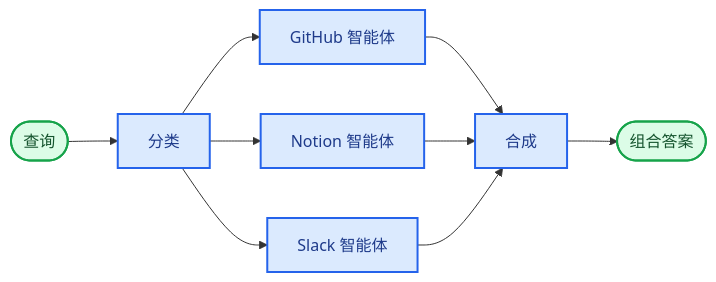
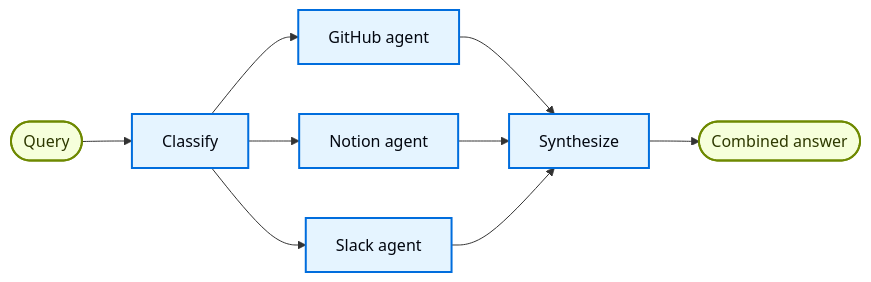
The diagram in oss/javascript/langchain/multi-agent/router-knowledge-base.mdx (kunfan96/cndocs-langchain), drawn with Mermaid before and after one commit. The commit also changed other lines of this file and 2538 other files, not shown here.

````diff
--- a/oss/javascript/langchain/multi-agent/router-knowledge-base.mdx
+++ b/oss/javascript/langchain/multi-agent/router-knowledge-base.mdx
@@ -21,17 +21,17 @@
 ```mermaid
 graph LR
-    A([查询]) --> B[分类]
-    B --> C[GitHub 智能体]
-    B --> D[Notion 智能体]
-    B --> E[Slack 智能体]
-    C --> F[合成]
+    A([Query]) --> B[Classify]
+    B --> C[GitHub agent]
+    B --> D[Notion agent]
+    B --> E[Slack agent]
+    C --> F[Synthesize]
     D --> F
     E --> F
-    F --> G([组合答案])
+    F --> G([Combined answer])
 
-    classDef trigger fill:#DCFCE7,stroke:#16A34A,stroke-width:2px,color:#14532D
-    classDef process fill:#DBEAFE,stroke:#2563EB,stroke-width:2px,color:#1E3A8A
+    classDef trigger fill:#F6FFDB,stroke:#6E8900,stroke-width:2px,color:#2E3900
+    classDef process fill:#E5F4FF,stroke:#006DDD,stroke-width:2px,color:#030710
 
     class A,G trigger
     class B,C,D,E,F process
 ```
````
